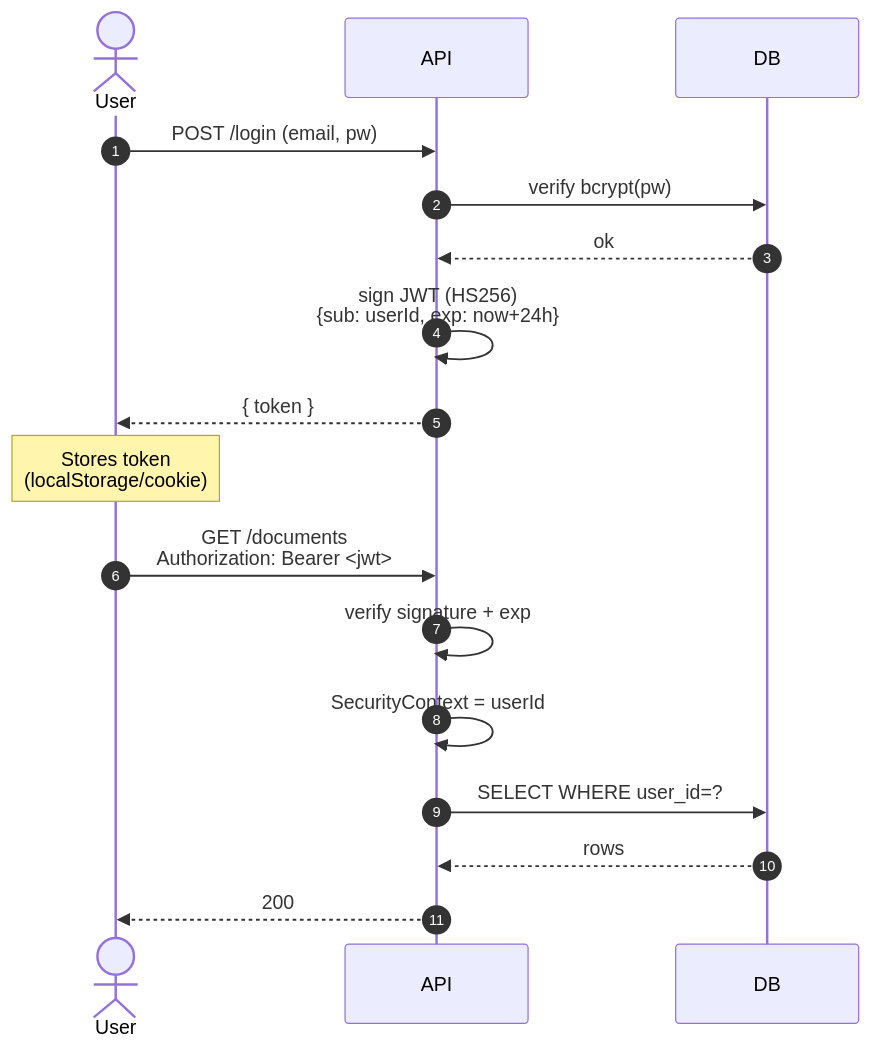
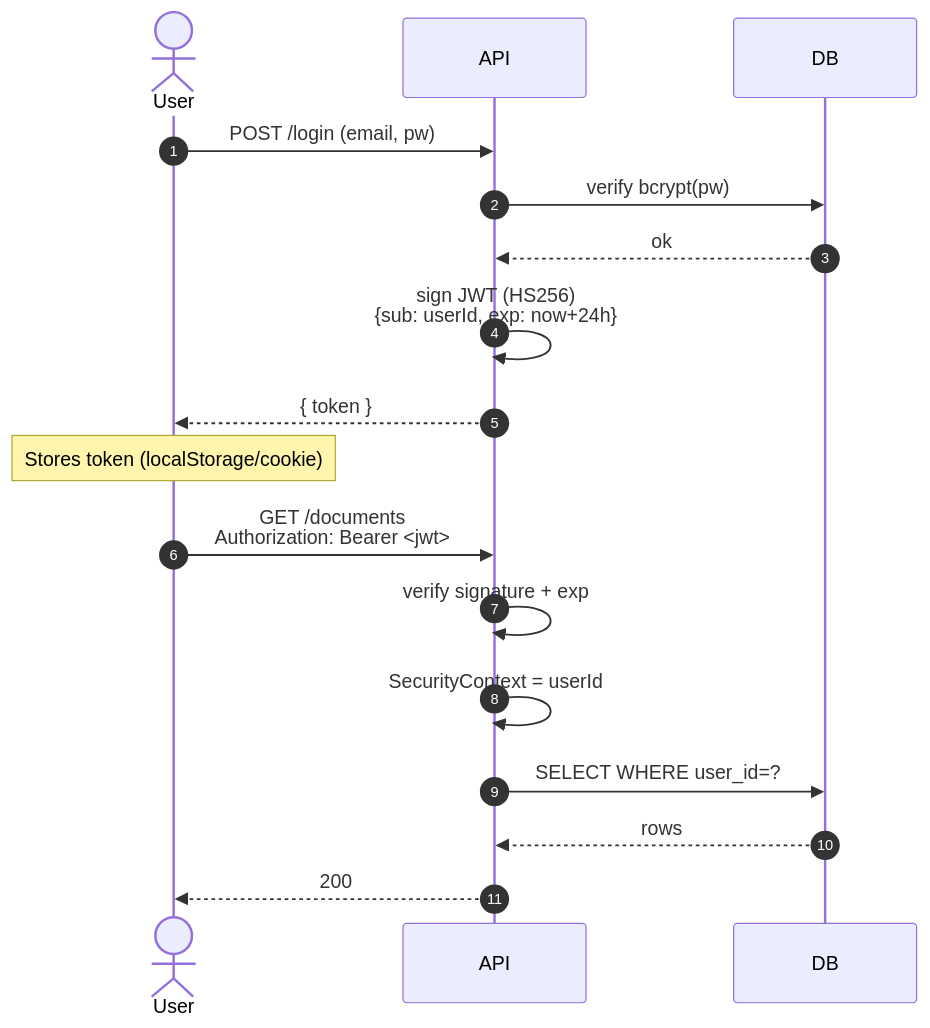
The diagram in docs/docs/adr/006-jwt-stateless-auth.md (srihitaramanan/documentor), drawn with Mermaid before and after one commit. The commit also changed 2 other files, not shown here.

Commit message:
Some Tag fixes

````diff
--- a/docs/docs/adr/006-jwt-stateless-auth.md
+++ b/docs/docs/adr/006-jwt-stateless-auth.md
@@ -20,22 +20,22 @@
 ```mermaid
 sequenceDiagram
     autonumber
     actor U as User
     participant API
     participant DB
 
     U->>API: POST /login (email, pw)
     API->>DB: verify bcrypt(pw)
     DB-->>API: ok
     API->>API: sign JWT (HS256)<br/>{sub: userId, exp: now+24h}
     API-->>U: { token }
 
-    Note over U: Stores token<br/>(localStorage/cookie)
+    Note over U: Stores token (localStorage/cookie)
 
     U->>API: GET /documents<br/>Authorization: Bearer <jwt>
     API->>API: verify signature + exp
     API->>API: SecurityContext = userId
     API->>DB: SELECT WHERE user_id=?
     DB-->>API: rows
     API-->>U: 200
 ```
````
